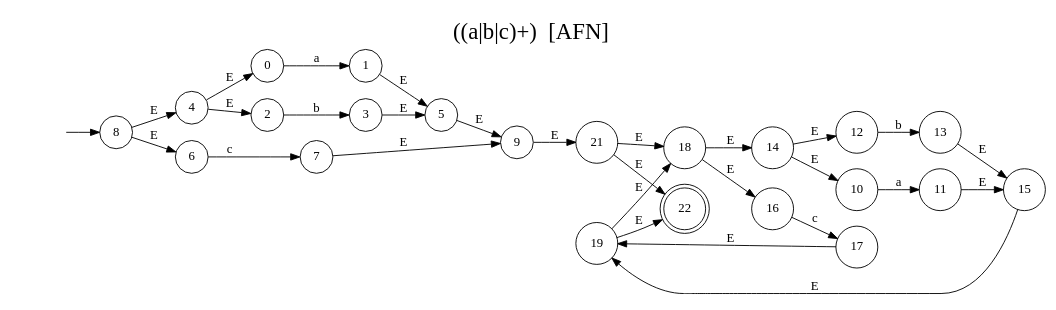
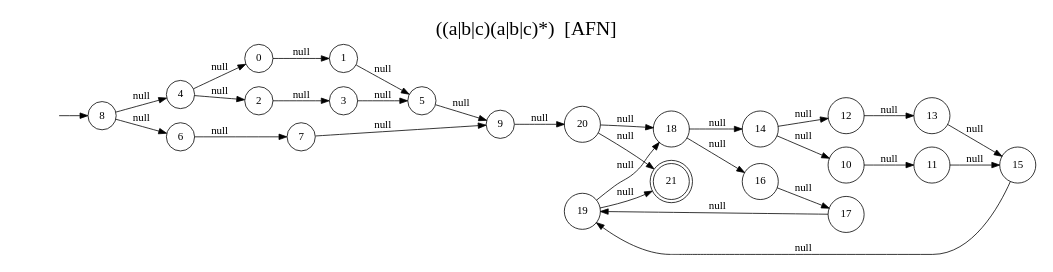
The diagram in docs/automataAFN.dot (CrisLayB/ProgrammingLanguageDesign), drawn with Graphviz before and after one commit. The commit also changed 11 other files, not shown here.

```diff
--- a/docs/automataAFN.dot
+++ b/docs/automataAFN.dot
@@ -1,41 +1,41 @@
 digraph "Resultado Automata AFN" {
-	label = "((a|b|c)+)  [AFN]"
+	label = "((a|b|c)(a|b|c)*)  [AFN]"
 	labelloc  =  t
 	fontsize  = 25
 	rankdir=LR size="8,5"
 	node [shape=doublecircle]
-	22
+	21
 	node [shape=circle]
 	8
 	node [shape=none]
 	""
 	""-> 8 [label=""]
 	node [shape=circle]
-	0 -> 1[label="a"]
-	2 -> 3[label="b"]
-	4 -> 0[label="E"]
-	4 -> 2[label="E"]
-	1 -> 5[label="E"]
-	3 -> 5[label="E"]
-	6 -> 7[label="c"]
-	8 -> 4[label="E"]
-	8 -> 6[label="E"]
-	5 -> 9[label="E"]
-	7 -> 9[label="E"]
-	10 -> 11[label="a"]
-	12 -> 13[label="b"]
-	14 -> 10[label="E"]
-	14 -> 12[label="E"]
-	11 -> 15[label="E"]
-	13 -> 15[label="E"]
-	16 -> 17[label="c"]
-	18 -> 14[label="E"]
-	18 -> 16[label="E"]
-	15 -> 19[label="E"]
-	17 -> 19[label="E"]
-	19 -> 18[label="E"]
-	21 -> 22[label="E"]
-	21 -> 18[label="E"]
-	19 -> 22[label="E"]
-	9 -> 21[label="E"]
+	0 -> 1[label="null"]
+	2 -> 3[label="null"]
+	4 -> 0[label="null"]
+	4 -> 2[label="null"]
+	1 -> 5[label="null"]
+	3 -> 5[label="null"]
+	6 -> 7[label="null"]
+	8 -> 4[label="null"]
+	8 -> 6[label="null"]
+	5 -> 9[label="null"]
+	7 -> 9[label="null"]
+	10 -> 11[label="null"]
+	12 -> 13[label="null"]
+	14 -> 10[label="null"]
+	14 -> 12[label="null"]
+	11 -> 15[label="null"]
+	13 -> 15[label="null"]
+	16 -> 17[label="null"]
+	18 -> 14[label="null"]
+	18 -> 16[label="null"]
+	15 -> 19[label="null"]
+	17 -> 19[label="null"]
+	19 -> 18[label="null"]
+	20 -> 21[label="null"]
+	20 -> 18[label="null"]
+	19 -> 21[label="null"]
+	9 -> 20[label="null"]
 }
```
